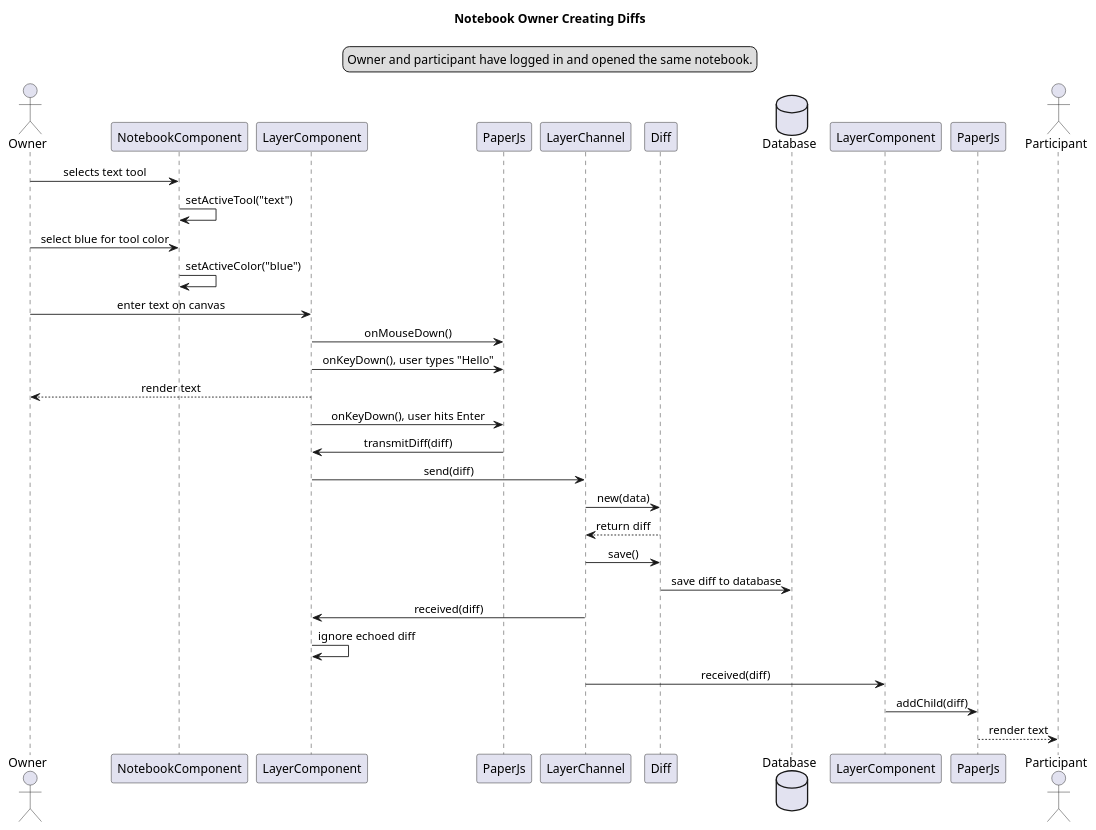
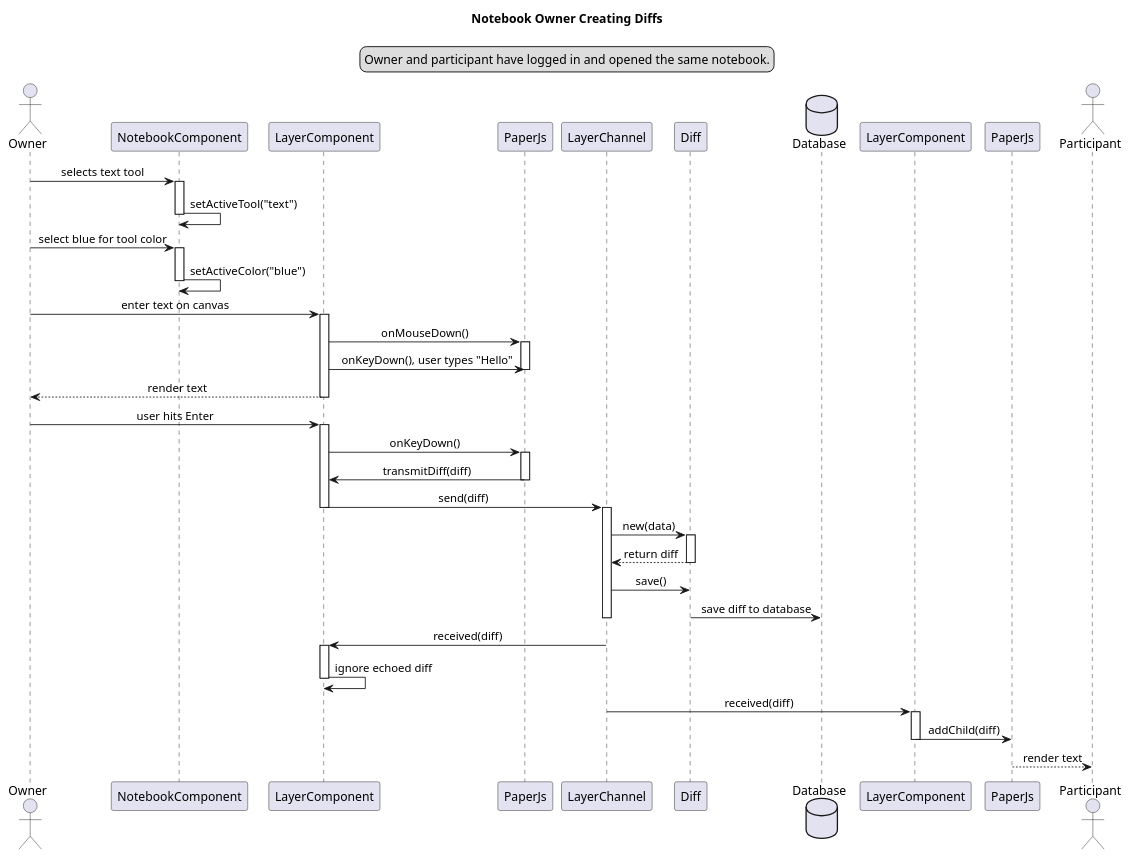
One commit to calebschoepp/canvasync changed the diagram in docs/preliminary_design/owner_create_diffs_seq.plantuml. Above: the diagram before and after it, drawn with PlantUML. The commit also changed 14 other files, not shown here.

```diff
--- a/docs/preliminary_design/owner_create_diffs_seq.plantuml
+++ b/docs/preliminary_design/owner_create_diffs_seq.plantuml
@@ -1,44 +1,61 @@
 @startuml Notebook Owner Creating Diffs
 title Notebook Owner Creating Diffs
 skinparam sequenceMessageAlign center
 legend top
 Owner and participant have logged in and opened the same notebook.
 endlegend
 
 actor Owner as owner
 participant NotebookComponent as nc
 participant LayerComponent as olc
 participant PaperJs as opjs
 participant LayerChannel as lch
 participant Diff as d
 database Database as db
 participant LayerComponent as plc
 participant PaperJs as ppjs
 actor Participant as partic
 
 
 owner -> nc : selects text tool
+activate nc
 nc -> nc : setActiveTool("text")
+deactivate nc
 owner -> nc : select blue for tool color
+activate nc
 nc -> nc : setActiveColor("blue")
+deactivate nc
 owner -> olc : enter text on canvas
-
+activate olc
 olc -> opjs : onMouseDown()
+activate opjs
 olc -> opjs : onKeyDown(), user types "Hello"
+deactivate opjs
 olc --> owner : render text
-olc -> opjs : onKeyDown(), user hits Enter
+deactivate olc
+owner -> olc : user hits Enter
+activate olc
+olc -> opjs : onKeyDown()
+activate opjs
 opjs -> olc : transmitDiff(diff)
-
+deactivate opjs
 olc -> lch : send(diff)
+deactivate olc
+activate lch
 lch -> d : new(data)
+activate d
 d --> lch : return diff
+deactivate d
 lch -> d : save()
 d -> db : save diff to database
-
+deactivate lch
 lch -> olc : received(diff)
+activate olc
 olc -> olc : ignore echoed diff
-
+deactivate olc
 lch -> plc : received(diff)
+activate plc
 plc -> ppjs : addChild(diff)
+deactivate plc
 ppjs --> partic : render text
 @enduml
```
